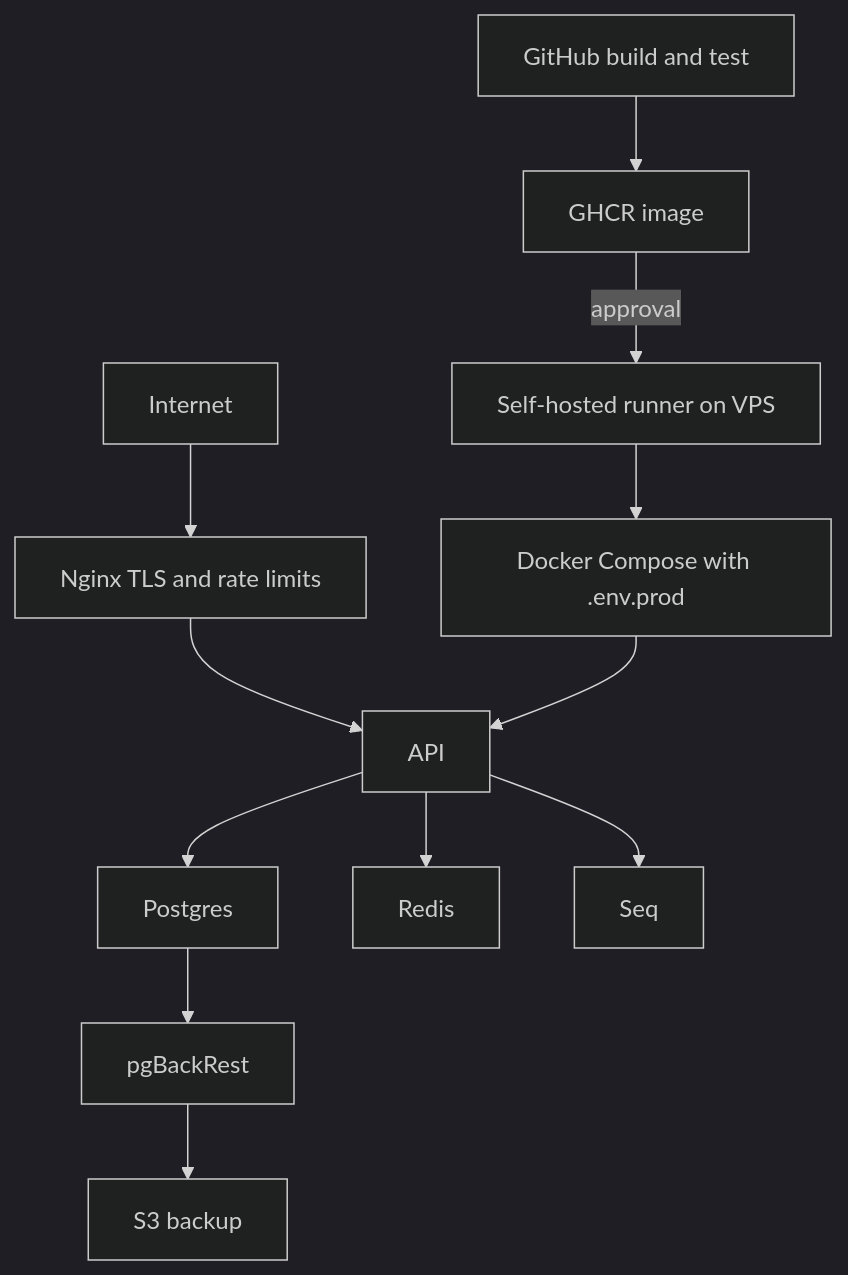
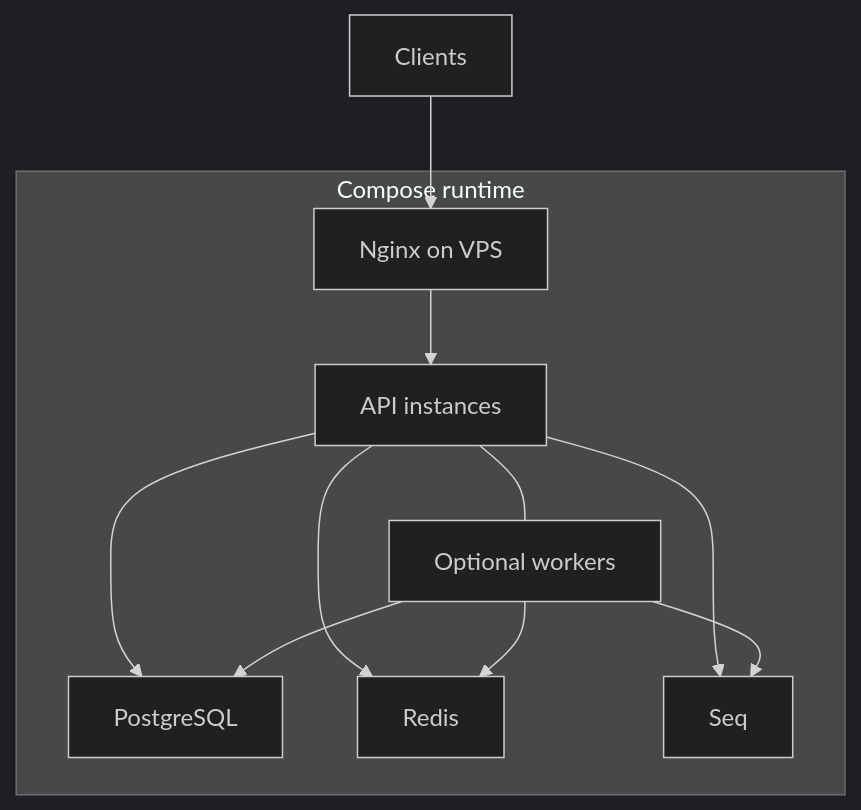
One commit to mhasabalah/StarterKit changed the diagram in wiki/deployment/README.md. Above: the diagram before and after it, drawn with Mermaid (dark theme). The commit also changed other lines of this file and 15 other files, not shown here.

````diff
--- a/wiki/deployment/README.md
+++ b/wiki/deployment/README.md
@@ -6,13 +17,14 @@
 ```mermaid
 flowchart TB
-  G[GitHub build and test] --> I[GHCR image]
-  I -->|approval| R[Self-hosted runner on VPS]
-  R --> C[Docker Compose with .env.prod]
-  U[Internet] --> N[Nginx TLS and rate limits]
-  N --> A[API]
-  C --> A
-  A --> P[Postgres]
-  A --> D[Redis]
-  A --> S[Seq]
-  P --> B[pgBackRest] --> O[S3 backup]
+  C[Clients] --> N[Nginx on VPS]
+  subgraph Runtime[Compose runtime]
+    N --> A[API instances]
+    A --- W[Optional workers]
+    A --> P[PostgreSQL]
+    W --> P
+    A --> R[Redis]
+    W --> R
+    A --> S[Seq]
+    W --> S
+  end
 ```
````
